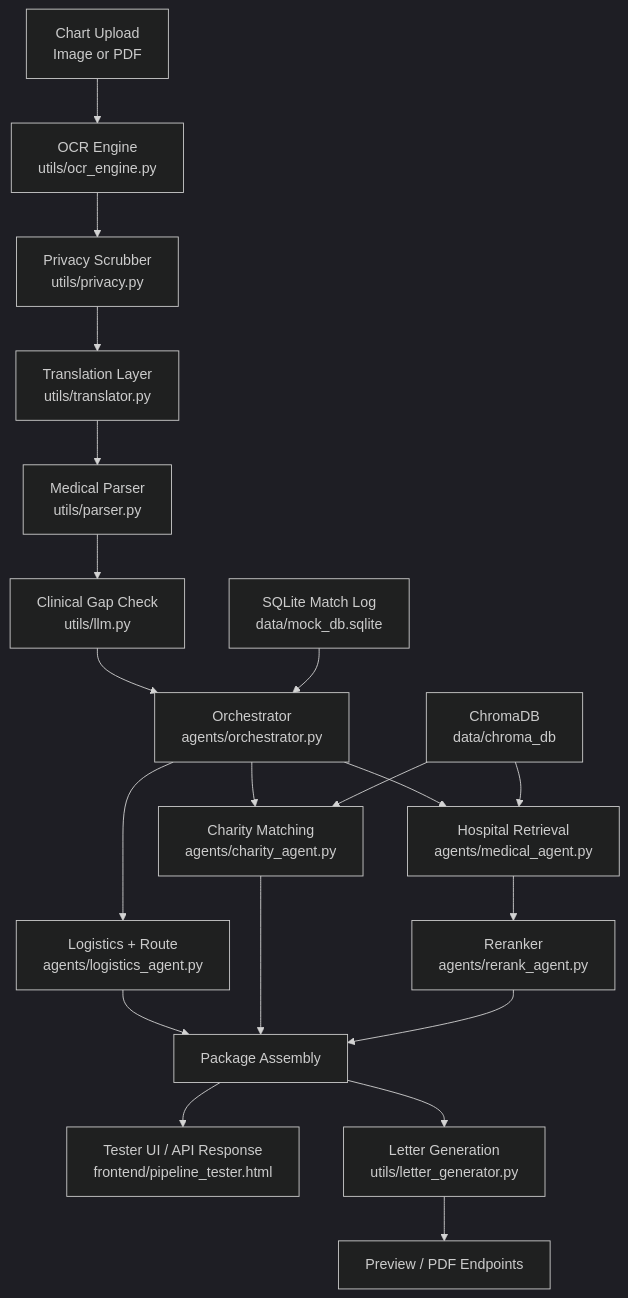
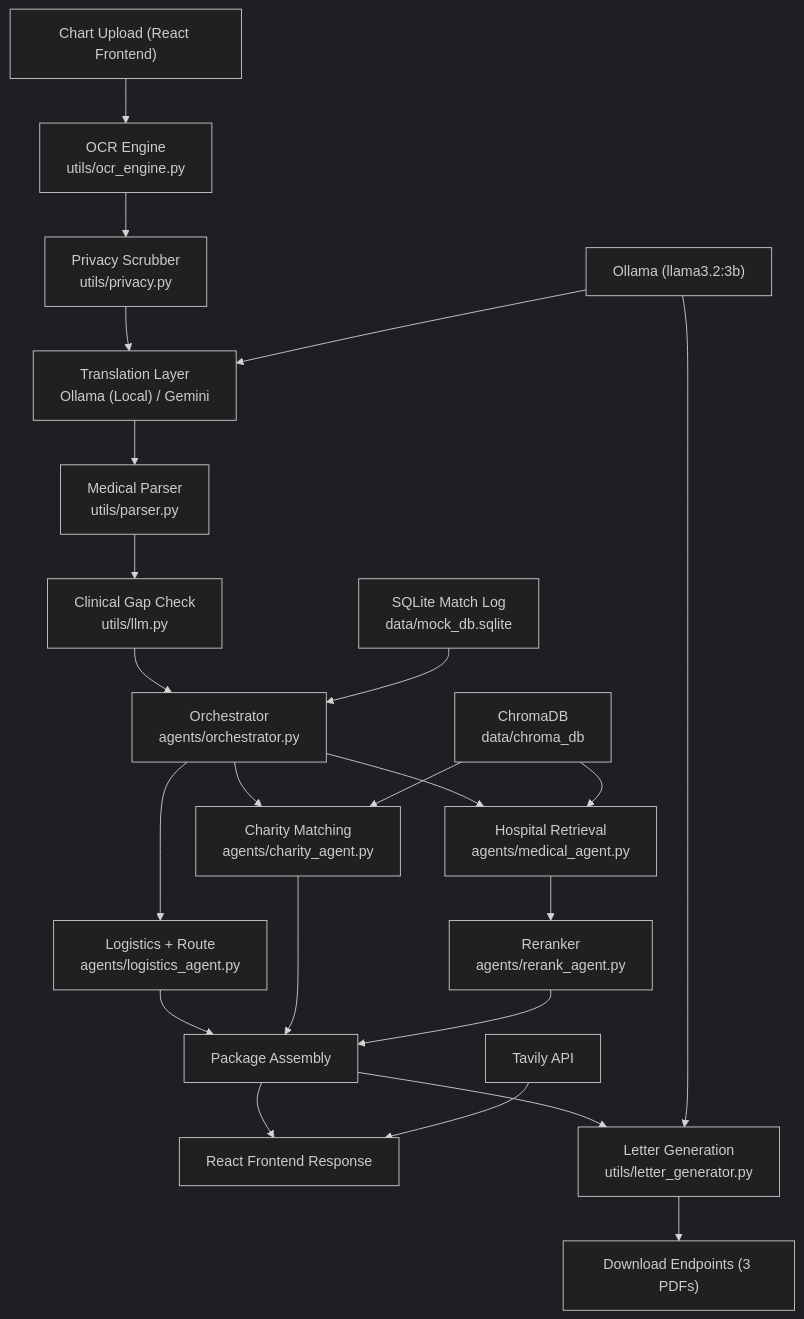
One commit to zoeywongzixin/Medi_Travel changed the diagram in README.md. Above: the diagram before and after it, drawn with Mermaid (dark theme). The commit also changed other lines of this file and 42 other files, not shown here.

````diff
--- a/README.md
+++ b/README.md
@@ -73,23 +35,26 @@
 ```mermaid
 flowchart TD
-    A["Chart Upload<br/>Image or PDF"] --> B["OCR Engine<br/>utils/ocr_engine.py"]
+    A["Chart Upload (React Frontend)"] --> B["OCR Engine<br/>utils/ocr_engine.py"]
     B --> C["Privacy Scrubber<br/>utils/privacy.py"]
-    C --> D["Translation Layer<br/>utils/translator.py"]
+    C --> D["Translation Layer<br/>Ollama (Local) / Gemini"]
     D --> E["Medical Parser<br/>utils/parser.py"]
     E --> F["Clinical Gap Check<br/>utils/llm.py"]
     F --> G["Orchestrator<br/>agents/orchestrator.py"]
     G --> H["Hospital Retrieval<br/>agents/medical_agent.py"]
     G --> I["Logistics + Route<br/>agents/logistics_agent.py"]
     G --> J["Charity Matching<br/>agents/charity_agent.py"]
     H --> K["Reranker<br/>agents/rerank_agent.py"]
     I --> L["Package Assembly"]
     J --> L
     K --> L["Package Assembly"]
-    L --> M["Tester UI / API Response<br/>frontend/pipeline_tester.html"]
+    L --> M["React Frontend Response"]
     L --> N["Letter Generation<br/>utils/letter_generator.py"]
-    N --> O["Preview / PDF Endpoints"]
+    N --> O["Download Endpoints (3 PDFs)"]
 
-    P["ChromaDB<br/>data/chroma_db"] --> H
-    P --> J
-    Q["SQLite Match Log<br/>data/mock_db.sqlite"] --> G
+    P["Ollama (llama3.2:3b)"] --> D
+    P --> N
+    Q["ChromaDB<br/>data/chroma_db"] --> H
+    Q --> J
+    R["SQLite Match Log<br/>data/mock_db.sqlite"] --> G
+    S["Tavily API"] --> M
 ```
````
